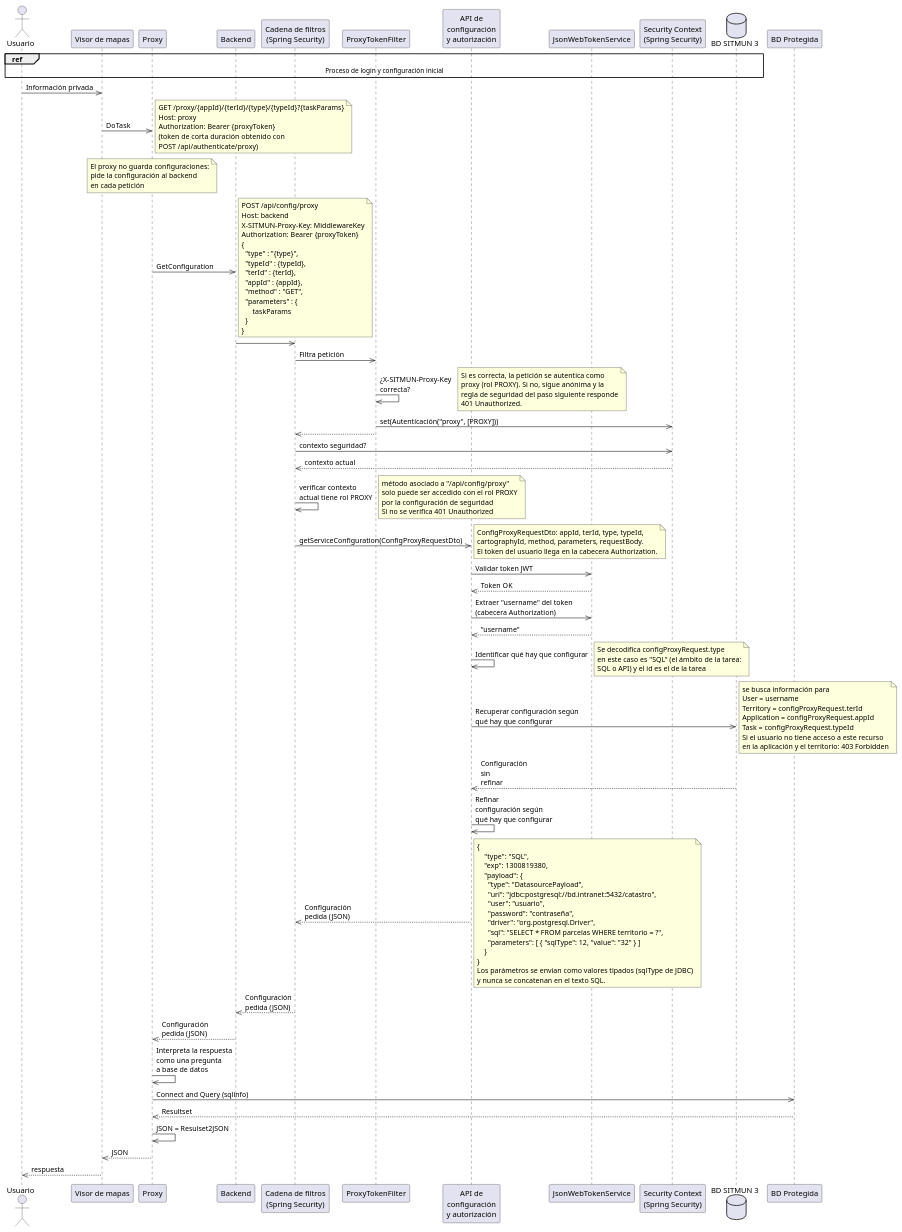
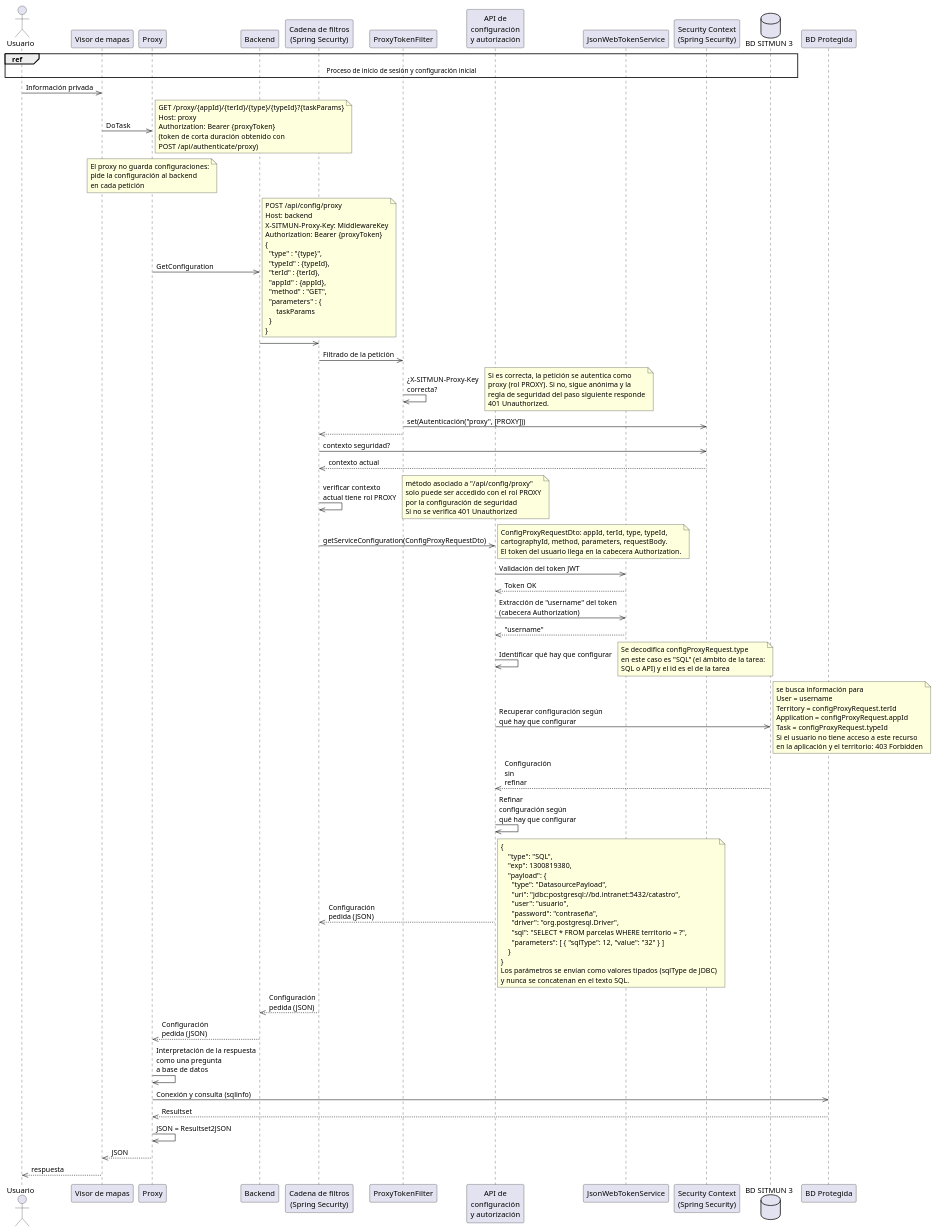
The fourth of 6 diagrams in docs/que-es-sitmun/plataforma/arquitectura/index.md (sitmun/sitmun.github.io), drawn with PlantUML before and after one commit. The commit also changed other lines of this file and 36 other files, not shown here.

```diff
--- a/docs/que-es-sitmun/plataforma/arquitectura/index.md
+++ b/docs/que-es-sitmun/plataforma/arquitectura/index.md
@@ -639,7 +643,7 @@
 database "BD SITMUN 3" as Database
 participant "BD Protegida" as ProtectedDatabase
 
-ref over Usuario, Database : Proceso de login y configuración inicial
+ref over Usuario, Database : Proceso de inicio de sesión y configuración inicial
 
 Usuario ->> Client: Información privada
 Client ->> Proxy: DoTask
@@ -674,7 +678,7 @@
 end note
 
 Backend ->> FilterChain:
-FilterChain ->> ProxyTokenFilter: Filtra petición
+FilterChain ->> ProxyTokenFilter: Filtrado de la petición
 ProxyTokenFilter ->> ProxyTokenFilter: ¿X-SITMUN-Proxy-Key\ncorrecta?
 note right
   Si es correcta, la petición se autentica como
@@ -699,9 +703,9 @@
   cartographyId, method, parameters, requestBody.
   El token del usuario llega en la cabecera Authorization.
 end note
-ConfigurationAPI ->> JsonWebTokenService: Validar token JWT
+ConfigurationAPI ->> JsonWebTokenService: Validación del token JWT
 JsonWebTokenService -->> ConfigurationAPI: Token OK
-ConfigurationAPI ->> JsonWebTokenService: Extraer "username" del token\n(cabecera Authorization)
+ConfigurationAPI ->> JsonWebTokenService: Extracción de "username" del token\n(cabecera Authorization)
 JsonWebTokenService -->> ConfigurationAPI: "username"
 ConfigurationAPI ->> ConfigurationAPI: Identificar qué hay que configurar
 note right
@@ -741,10 +745,10 @@
 end note
 FilterChain -->> Backend: Configuración\npedida (JSON)
 Backend -->> Proxy: Configuración\npedida (JSON)
-Proxy ->> Proxy: Interpreta la respuesta\ncomo una pregunta\na base de datos
-Proxy ->> ProtectedDatabase: Connect and Query (sqlinfo)
+Proxy ->> Proxy: Interpretación de la respuesta\ncomo una pregunta\na base de datos
+Proxy ->> ProtectedDatabase: Conexión y consulta (sqlinfo)
 ProtectedDatabase -->> Proxy: Resultset
-Proxy ->> Proxy: JSON = Resulset2JSON
+Proxy ->> Proxy: JSON = Resultset2JSON
 Proxy -->> Client: JSON
 Client -->> Usuario: respuesta
 
```
